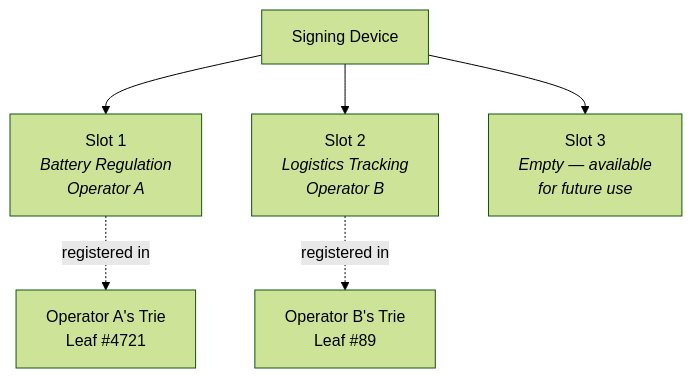
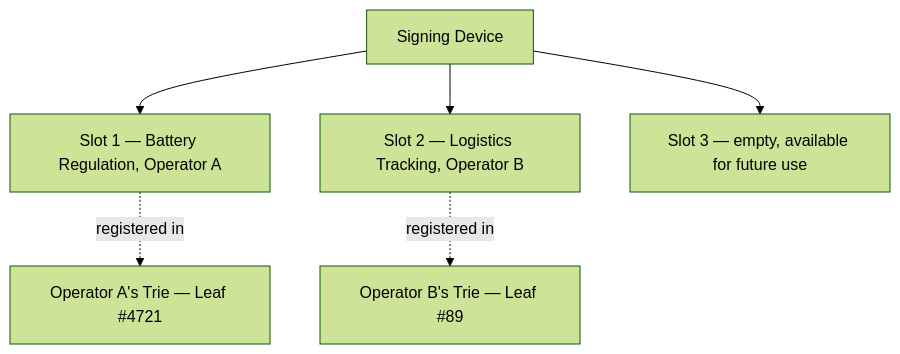
Before and after one commit to lambdasistemi/cardano-for-regulators: diagram 12 of 19 in docs/framework/schema.md, drawn with Mermaid (forest theme). The commit also changed other lines of this file and 1 other file, not shown here.

First line of the commit message:
fix: replace HTML tags in mermaid node labels with plain text

````diff
--- a/docs/framework/schema.md
+++ b/docs/framework/schema.md
@@ -463,10 +463,10 @@
 ```mermaid
 graph TD
     DEV[Signing Device]
-    DEV --> S1[Slot 1<br/><i>Battery Regulation<br/>Operator A</i>]
-    DEV --> S2[Slot 2<br/><i>Logistics Tracking<br/>Operator B</i>]
-    DEV --> S3[Slot 3<br/><i>Empty — available<br/>for future use</i>]
+    DEV --> S1["Slot 1 — Battery Regulation, Operator A"]
+    DEV --> S2["Slot 2 — Logistics Tracking, Operator B"]
+    DEV --> S3["Slot 3 — empty, available for future use"]
 
-    S1 -.->|registered in| L1[Operator A's Trie<br/>Leaf #4721]
-    S2 -.->|registered in| L2[Operator B's Trie<br/>Leaf #89]
+    S1 -.->|registered in| L1["Operator A's Trie — Leaf #4721"]
+    S2 -.->|registered in| L2["Operator B's Trie — Leaf #89"]
 ```
````
